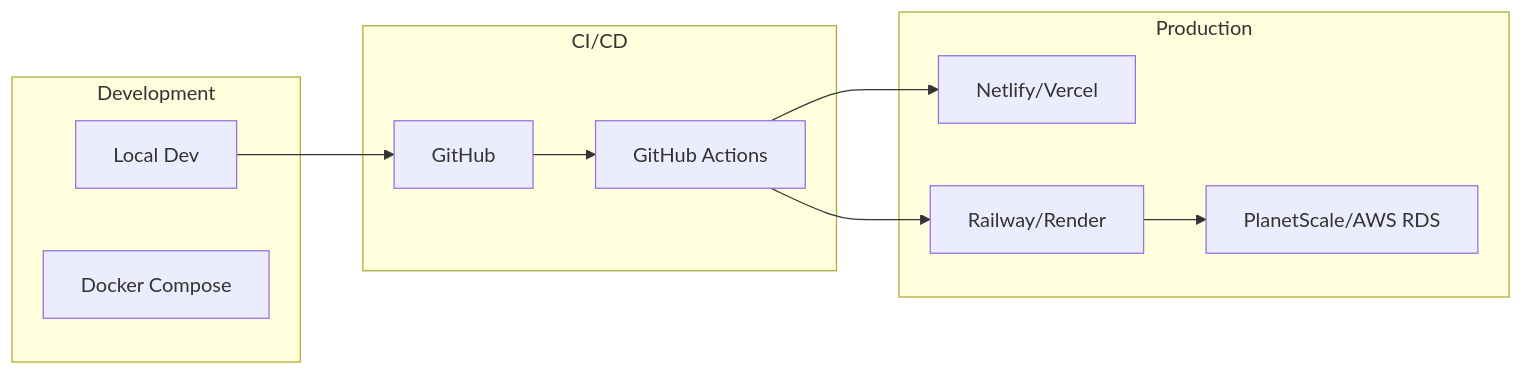
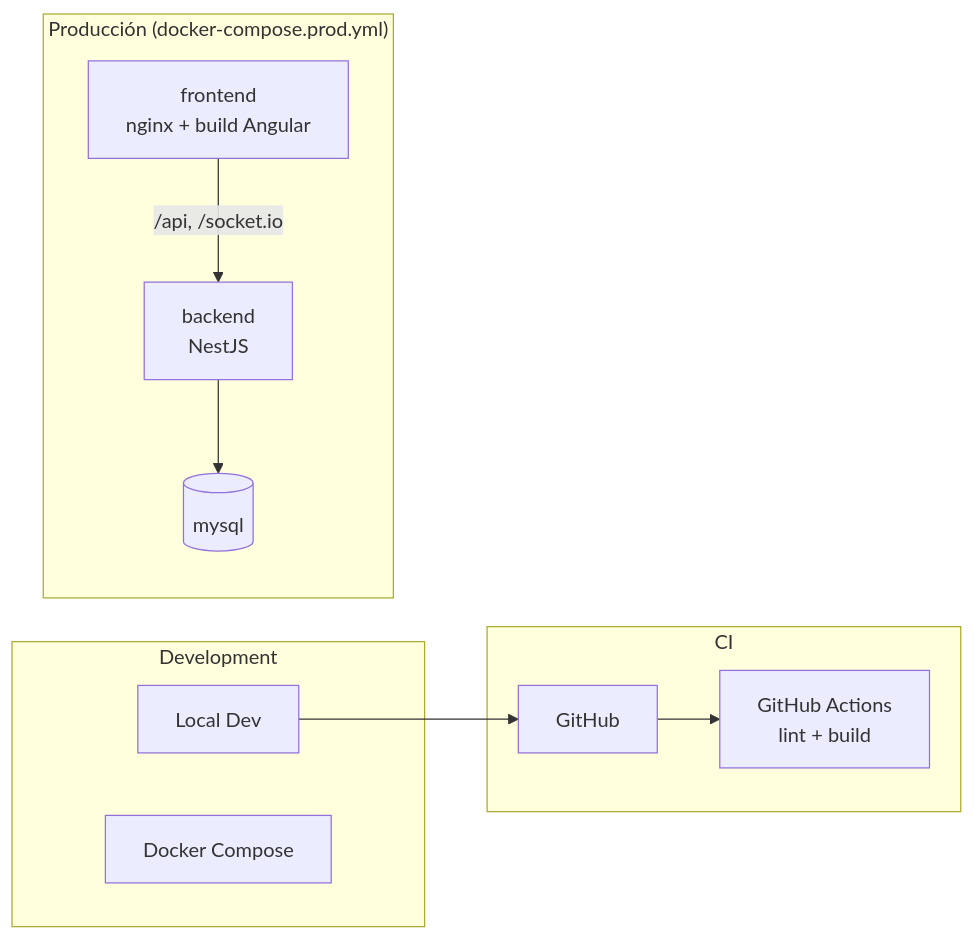
Diagram 11 of 11 in docs/ARCHITECTURE.md (fedebracesco1990/fitflow), drawn with Mermaid before and after one commit. The commit also changed other lines of this file and 26 other files, not shown here.

````diff
--- a/docs/ARCHITECTURE.md
+++ b/docs/ARCHITECTURE.md
@@ -748,24 +755,23 @@
 ```mermaid
 graph LR
     subgraph Development
         LocalDev[Local Dev]
         Docker[Docker Compose]
     end
 
-    subgraph CI/CD
+    subgraph CI
         GitHub[GitHub]
-        Actions[GitHub Actions]
+        Actions[GitHub Actions<br/>lint + build]
     end
 
-    subgraph Production
-        Frontend[Netlify/Vercel]
-        Backend[Railway/Render]
-        DB[PlanetScale/AWS RDS]
+    subgraph Production["Producción (docker-compose.prod.yml)"]
+        Frontend[frontend<br/>nginx + build Angular]
+        Backend[backend<br/>NestJS]
+        DB[(mysql)]
     end
 
     LocalDev --> GitHub
     GitHub --> Actions
-    Actions --> Frontend
-    Actions --> Backend
+    Frontend -->|/api, /socket.io| Backend
     Backend --> DB
 ```
````
